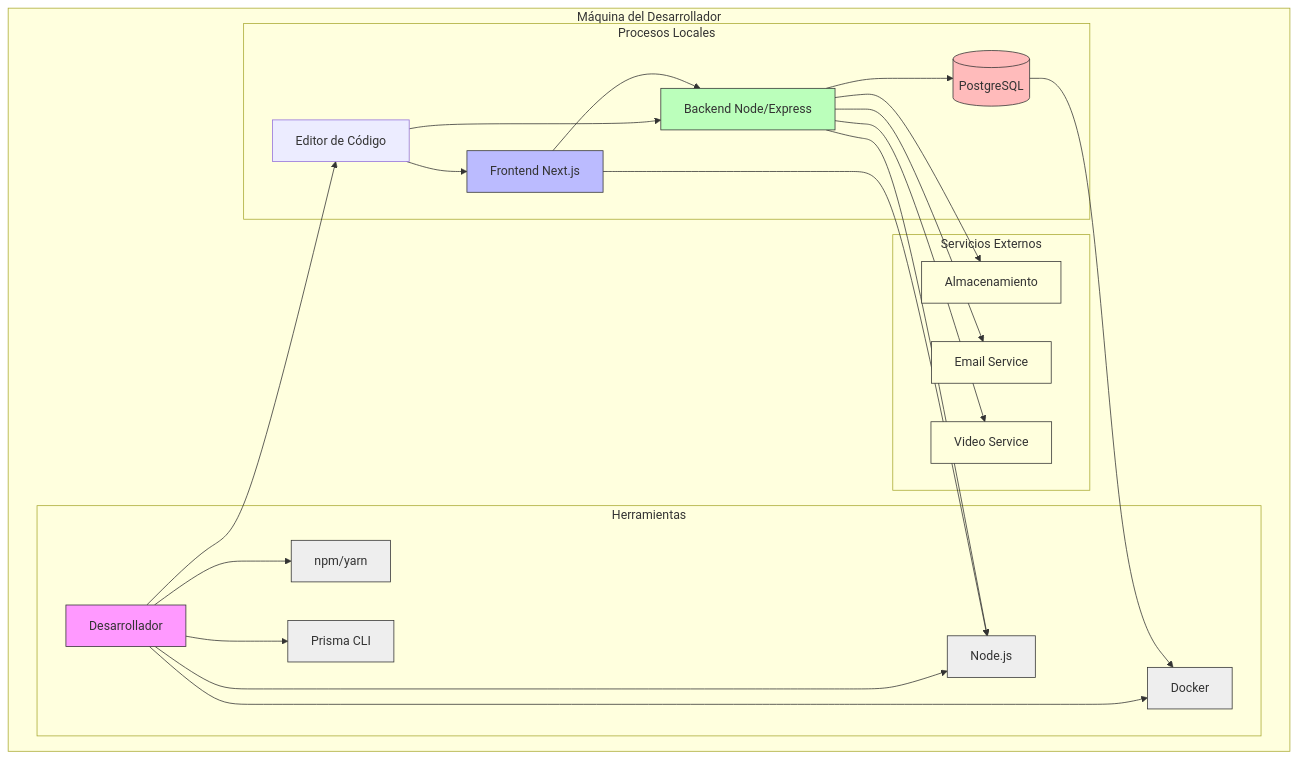
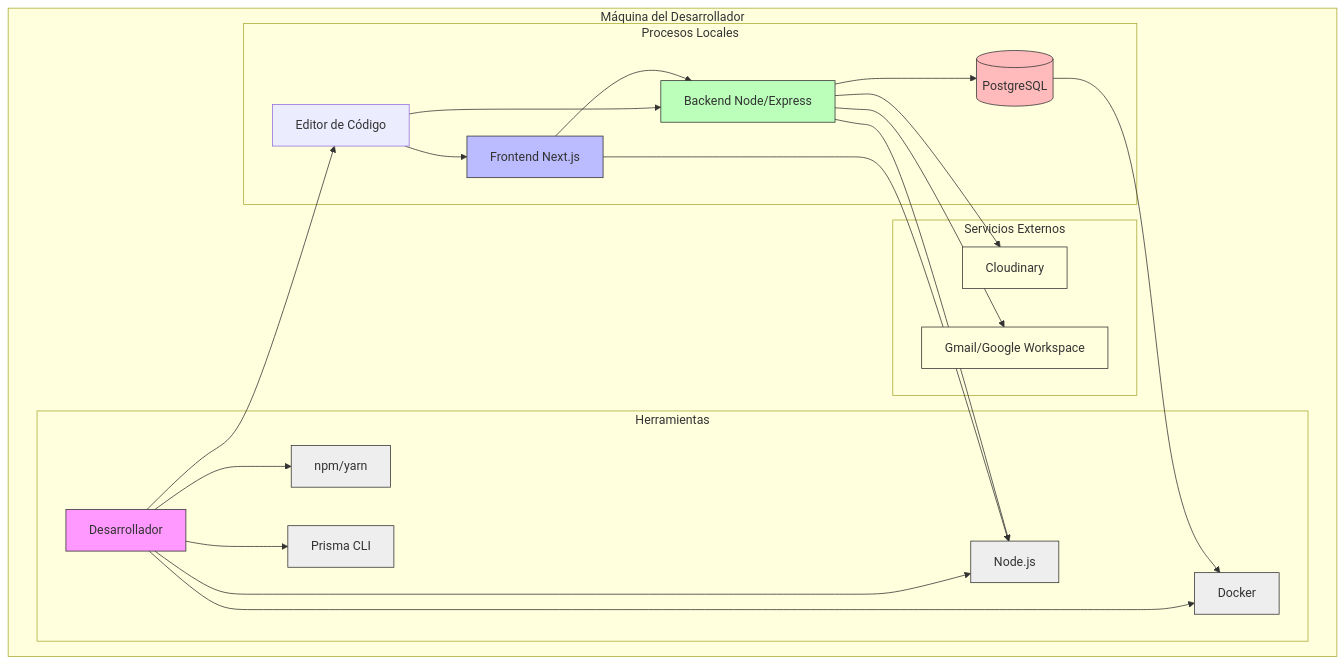
One commit to loretops/finalproject-LPS changed the first of 2 diagrams in readme.md. Above: the diagram before and after it, drawn with Mermaid. The commit also changed other lines of this file and 9 other files, not shown here.

````diff
--- a/readme.md
+++ b/readme.md
@@ -513,51 +512,48 @@
 ```mermaid
 graph TD
     subgraph "Máquina del Desarrollador"
         Dev[Desarrollador] --> CodeEditor[Editor de Código]
 
         subgraph "Procesos Locales"
             FrontendApp[Frontend Next.js] 
             BackendApp[Backend Node/Express]
             DB[(PostgreSQL)]
             CodeEditor --> FrontendApp
             CodeEditor --> BackendApp
             BackendApp --> DB
             FrontendApp --> BackendApp
         end
 
         subgraph "Servicios Externos"
-            ExtStorage[Almacenamiento]
-            ExtEmail[Email Service]
-            ExtVideo[Video Service]
+            ExtStorage[Cloudinary]
+            ExtEmail[Gmail/Google Workspace]
             BackendApp --> ExtStorage
             BackendApp --> ExtEmail
-            BackendApp --> ExtVideo
         end
 
         subgraph "Herramientas"
             NodeJS[Node.js]
             NPM[npm/yarn]
             Docker[Docker]
             PrismaCLI[Prisma CLI]
             Dev --> NodeJS
             Dev --> NPM
             Dev --> Docker
             Dev --> PrismaCLI
             FrontendApp --> NodeJS
             BackendApp --> NodeJS
             DB --> Docker
         end
     end
 
     style Dev fill:#f9f,stroke:#333
     style FrontendApp fill:#bbf,stroke:#333
     style BackendApp fill:#bfb,stroke:#333
     style DB fill:#fbb,stroke:#333
     style ExtStorage fill:#ffd,stroke:#333
     style ExtEmail fill:#ffd,stroke:#333
-    style ExtVideo fill:#ffd,stroke:#333
     style NodeJS fill:#eee,stroke:#333
     style NPM fill:#eee,stroke:#333
     style Docker fill:#eee,stroke:#333
     style PrismaCLI fill:#eee,stroke:#333
 ```
````
